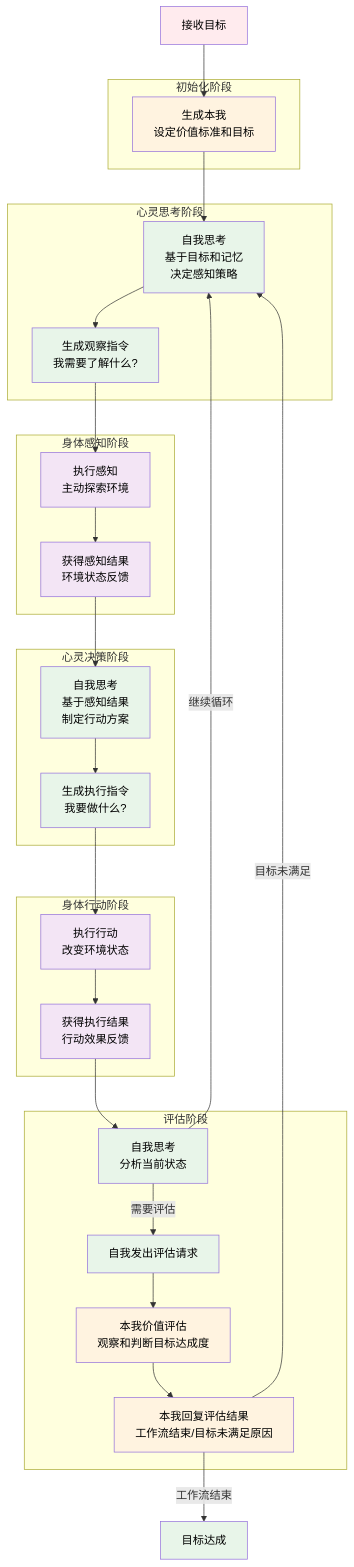
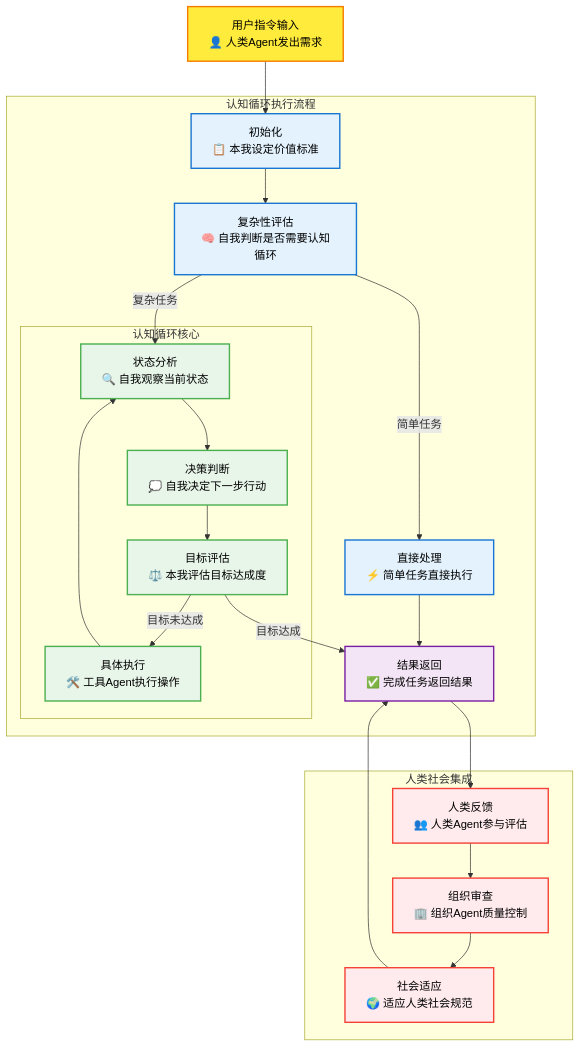
The second of 4 diagrams in embodied_cognitive_workflow/ai_docs/具身认知工作流概要设计.md (guci314/AgentFramework), drawn with Mermaid before and after one commit. The commit also changed other lines of this file and 217 other files, not shown here.

````diff
--- a/embodied_cognitive_workflow/ai_docs/具身认知工作流概要设计.md
+++ b/embodied_cognitive_workflow/ai_docs/具身认知工作流概要设计.md
@@ -158,71 +648,58 @@
 ```mermaid
-graph TB
-    START["接收目标"]
+flowchart TD
+    START["用户指令输入<br/>👤 人类Agent发出需求"]
     
-    subgraph "初始化阶段"
-        INIT["生成本我<br/>设定价值标准和目标"]
+    subgraph "认知循环执行流程"
+        INIT["初始化<br/>📋 本我设定价值标准"]
+        COMPLEX["复杂性评估<br/>🧠 自我判断是否需要认知循环"]
+        
+        subgraph "认知循环核心"
+            ANALYZE["状态分析<br/>🔍 自我观察当前状态"]
+            DECIDE["决策判断<br/>💭 自我决定下一步行动"]
+            EVALUATE["目标评估<br/>⚖️ 本我评估目标达成度"]
+            EXECUTE["具体执行<br/>🛠️ 工具Agent执行操作"]
+        end
+        
+        SIMPLE["直接处理<br/>⚡ 简单任务直接执行"]
+        RESULT["结果返回<br/>✅ 完成任务返回结果"]
     end
     
-    subgraph "心灵思考阶段"
-        T1["自我思考<br/>基于目标和记忆<br/>决定感知策略"]
-        T3["生成观察指令<br/>我需要了解什么?"]
+    subgraph "人类社会集成"
+        HUMAN_FEEDBACK["人类反馈<br/>👥 人类Agent参与评估"]
+        ORG_REVIEW["组织审查<br/>🏢 组织Agent质量控制"]
+        SOCIAL_ADAPT["社会适应<br/>🌍 适应人类社会规范"]
     end
     
-    subgraph "身体感知阶段"
-        P1["执行感知<br/>主动探索环境"]
-        P2["获得感知结果<br/>环境状态反馈"]
-    end
+    START --> INIT
+    INIT --> COMPLEX
     
-    subgraph "心灵决策阶段"
-        D1["自我思考<br/>基于感知结果<br/>制定行动方案"]
-        D3["生成执行指令<br/>我要做什么?"]
-    end
+    COMPLEX -->|简单任务| SIMPLE
+    COMPLEX -->|复杂任务| ANALYZE
     
-    subgraph "身体行动阶段"
-        A1["执行行动<br/>改变环境状态"]
-        A2["获得执行结果<br/>行动效果反馈"]
-    end
+    ANALYZE --> DECIDE
+    DECIDE --> EVALUATE
+    EVALUATE -->|目标未达成| EXECUTE
+    EXECUTE --> ANALYZE
     
-    subgraph "评估阶段"
-        THINK["自我思考<br/>分析当前状态"]
-        REQ["自我发出评估请求"]
-        EVAL["本我价值评估<br/>观察和判断目标达成度"]
-        RESULT["本我回复评估结果<br/>工作流结束/目标未满足原因"]
-    end
+    EVALUATE -->|目标达成| RESULT
+    SIMPLE --> RESULT
     
-    END["目标达成"]
+    %% 人类社会集成连接
+    RESULT --> HUMAN_FEEDBACK
+    HUMAN_FEEDBACK --> ORG_REVIEW
+    ORG_REVIEW --> SOCIAL_ADAPT
+    SOCIAL_ADAPT --> RESULT
     
-    START --> INIT
-    INIT --> T1
-    T1 --> T3
-    T3 --> P1
-    P1 --> P2
-    P2 --> D1
-    D1 --> D3
-    D3 --> A1
-    A1 --> A2
-    A2 --> THINK
-    THINK -->|需要评估| REQ
-    THINK -->|继续循环| T1
-    REQ --> EVAL
-    EVAL --> RESULT
+    %% 样式
+    classDef startClass fill:#ffeb3b,stroke:#f57c00,stroke-width:2px,color:#000000
+    classDef processClass fill:#e3f2fd,stroke:#1976d2,stroke-width:2px,color:#000000
+    classDef cycleClass fill:#e8f5e9,stroke:#4caf50,stroke-width:2px,color:#000000
+    classDef socialClass fill:#ffebee,stroke:#f44336,stroke-width:2px,color:#000000
+    classDef resultClass fill:#f3e5f5,stroke:#7b1fa2,stroke-width:2px,color:#000000
     
-    RESULT -->|工作流结束| END
-    RESULT -->|目标未满足| T1
-    
-    style START fill:#ffebee,color:#000000
-    style INIT fill:#fff3e0,color:#000000
-    style T1 fill:#e8f5e9,color:#000000
-    style T3 fill:#e8f5e9,color:#000000
-    style P1 fill:#f3e5f5,color:#000000
-    style P2 fill:#f3e5f5,color:#000000
-    style D1 fill:#e8f5e9,color:#000000
-    style D3 fill:#e8f5e9,color:#000000
-    style A1 fill:#f3e5f5,color:#000000
-    style A2 fill:#f3e5f5,color:#000000
-    style THINK fill:#e8f5e9,color:#000000
-    style REQ fill:#e8f5e9,color:#000000
-    style EVAL fill:#fff3e0,color:#000000
-    style RESULT fill:#fff3e0,color:#000000
-    style END fill:#e8f5e9,color:#000000
+    class START startClass
+    class INIT,COMPLEX,SIMPLE processClass
+    class ANALYZE,DECIDE,EVALUATE,EXECUTE cycleClass
+    class HUMAN_FEEDBACK,ORG_REVIEW,SOCIAL_ADAPT socialClass
+    class RESULT resultClass
 ```
````
